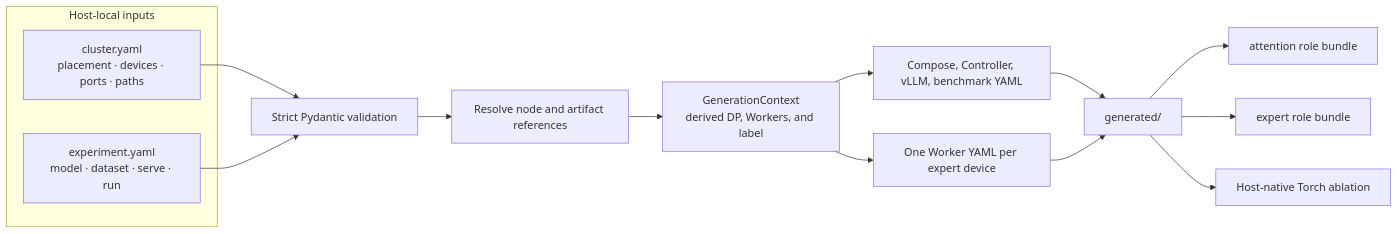
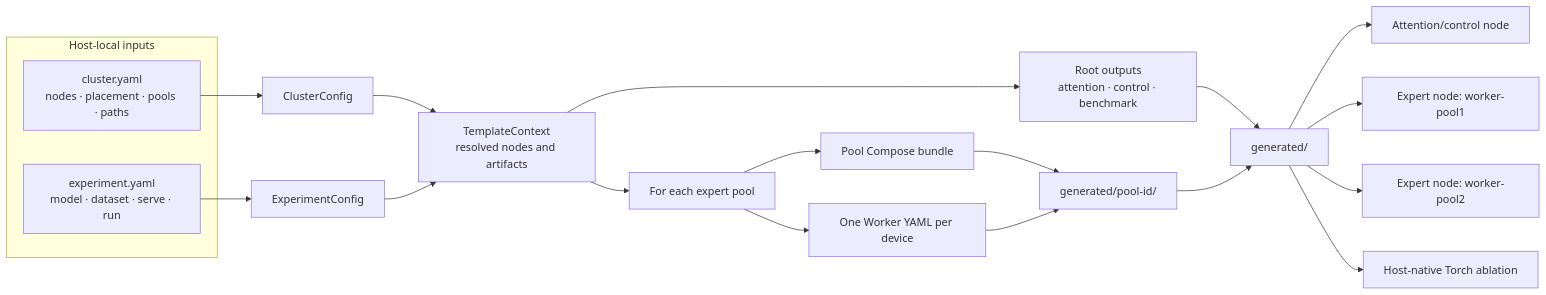
The diagram in dev/ascend/README.md (EthanO-O/expert-kit), drawn with Mermaid before and after one commit. The commit also changed other lines of this file and 20 other files, not shown here.

Commit message:
feat(npu-support): add expert multi-pool to support deepseek v3

````diff
--- a/dev/ascend/README.md
+++ b/dev/ascend/README.md
@@ -97,19 +150,27 @@
 ```mermaid
 flowchart LR
     subgraph inputs["Host-local inputs"]
-        cluster["cluster.yaml<br/>placement · devices · ports · paths"]
+        cluster["cluster.yaml<br/>nodes · placement · pools · paths"]
         experiment["experiment.yaml<br/>model · dataset · serve · run"]
     end
 
-    cluster --> validation["Strict Pydantic validation"]
-    experiment --> validation
-    validation --> resolution["Resolve node and artifact references"]
-    resolution --> context["GenerationContext<br/>derived DP, Workers, and label"]
-    context --> singleton["Compose, Controller, vLLM, benchmark YAML"]
-    context --> workers["One Worker YAML per expert device"]
-    singleton --> generated["generated/"]
-    workers --> generated
-    generated --> attention["attention role bundle"]
-    generated --> expert["expert role bundle"]
+    cluster --> cluster_model["ClusterConfig"]
+    experiment --> experiment_model["ExperimentConfig"]
+    cluster_model --> context["TemplateContext<br/>resolved nodes and artifacts"]
+    experiment_model --> context
+
+    context --> root["Root outputs<br/>attention · control · benchmark"]
+    context --> expand["For each expert pool"]
+    expand --> pool_compose["Pool Compose bundle"]
+    expand --> workers["One Worker YAML per device"]
+
+    root --> generated["generated/"]
+    pool_compose --> pool_dir["generated/pool-id/"]
+    workers --> pool_dir
+    pool_dir --> generated
+
+    generated --> attention_host["Attention/control node"]
+    generated --> expert_a["Expert node: worker-pool1"]
+    generated --> expert_b["Expert node: worker-pool2"]
     generated --> torch["Host-native Torch ablation"]
 ```
````
